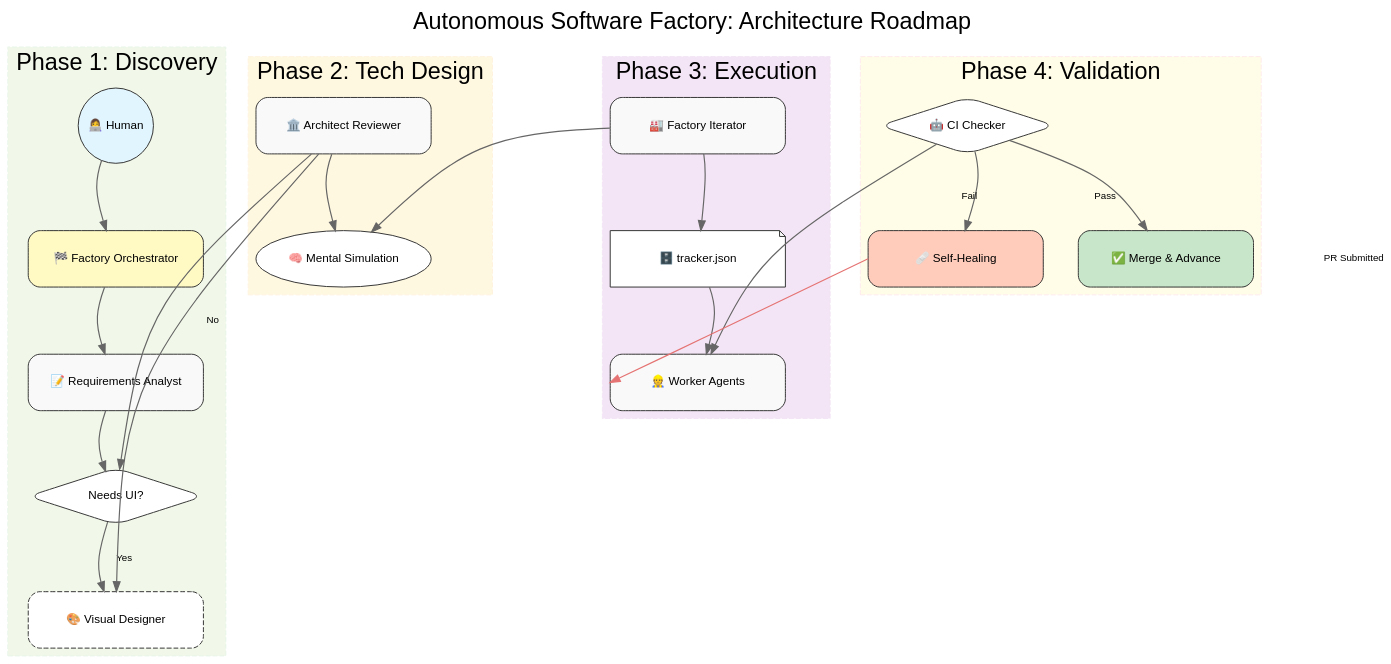
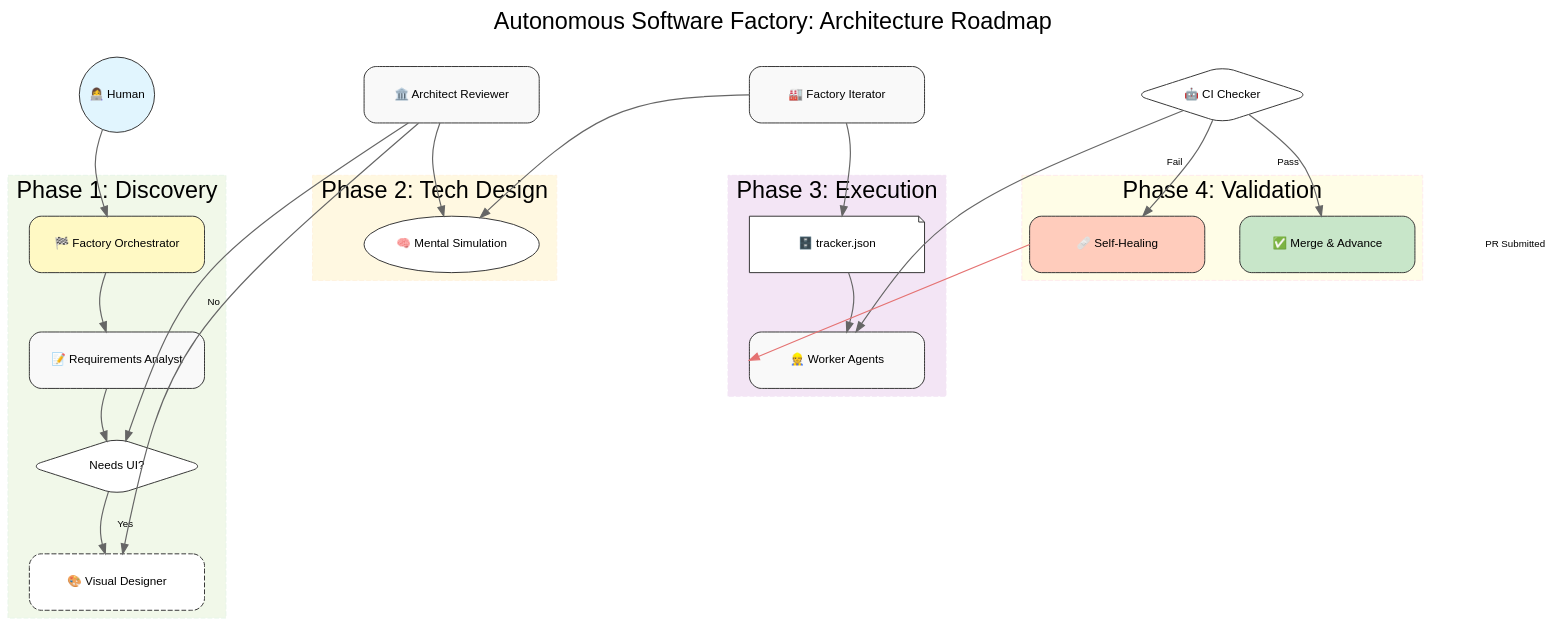
Before and after one commit to tibame201020/app-generator: the diagram in docs/workflow-diagram.qmd, drawn with Graphviz. The commit also changed other lines of this file, not shown here.

Commit message:
fix: resolve graphviz-wasm memory error by simplifying dot constraints

````diff
--- a/docs/workflow-diagram.qmd
+++ b/docs/workflow-diagram.qmd
@@ -15,12 +15,11 @@
     graph [
         rankdir=TB,
         nodesep=0.5,
-        ranksep=0.8,
-        splines=curved,      // 使用圓滑曲線
+        ranksep=0.7,
+        splines=curved,      // 保留曲線增加美感
         pad=0.3,
         bgcolor="transparent",
-        center=true,
-        newrank=true
+        center=true
     ]
     
     fontname="Arial"
@@ -47,20 +46,14 @@
         penwidth=1.2
     ]
 
-    // --- 嚴格的相位定位 (由左至右) ---
-    // 建立 4 個不可見的定位點節點，強制它們在同一水平排開
-    { rank=same; Phase1_Mark; Phase2_Mark; Phase3_Mark; Phase4_Mark }
-    Phase1_Mark [shape=none, width=0, height=0, label="", style=invis]
-    Phase2_Mark [shape=none, width=0, height=0, label="", style=invis]
-    Phase3_Mark [shape=none, width=0, height=0, label="", style=invis]
-    Phase4_Mark [shape=none, width=0, height=0, label="", style=invis]
-    
-    // 強制左至右順序並加大間距
-    Phase1_Mark -> Phase2_Mark [style=invis, minlen=4]
-    Phase2_Mark -> Phase3_Mark [style=invis, minlen=4]
-    Phase3_Mark -> Phase4_Mark [style=invis, minlen=4]
+    // --- 簡化的相位對齊系統 (避免 WASM 記憶體溢位) ---
+    // 每個 Phase 的第一個節點強制在同一 Rank
+    { rank=same; Human; Arch; Iter; CI_Gate }
 
-    // --- Phase 1: Discovery (左欄) ---
+    // 主動力導向路徑 (確保左至右順位)
+    Human -> Arch -> Iter -> CI_Gate [style=invis, minlen=3]
+
+    // --- Phase 1: Discovery ---
     subgraph cluster_0 {
         label = "Phase 1: Discovery";
         color = "#e8f5e9";
@@ -68,7 +61,6 @@
         fillcolor = "#f1f8e9";
         
         node [group=g1]
-        { rank=same; Phase1_Mark; Human }
         Human [shape=circle, label="👩‍💻 Human", fillcolor="#e1f5fe", width=1.0, height=1.0]
         Orch [label="🏁 Factory Orchestrator", fillcolor="#fff9c4"]
         ReqA [label="📝 Requirements Analyst"]
@@ -79,7 +71,7 @@
         D_UI -> VisD [label="Yes"]
     }
 
-    // --- Phase 2: Tech Design (中左欄) ---
+    // --- Phase 2: Tech Design ---
     subgraph cluster_1 {
         label = "Phase 2: Tech Design";
         color = "#fff3e0";
@@ -87,14 +79,13 @@
         fillcolor = "#fff8e1";
         
         node [group=g2]
-        { rank=same; Phase2_Mark; Arch }
         Arch [label="🏛️ Architect Reviewer"]
         Sim  [label="🧠 Mental Simulation", shape=ellipse, fillcolor="#ffffff"]
         
         Arch -> Sim
     }
 
-    // --- Phase 3: Execution (中右欄) ---
+    // --- Phase 3: Execution ---
     subgraph cluster_2 {
         label = "Phase 3: Execution";
         color = "#f3e5f5";
@@ -102,7 +93,6 @@
         fillcolor = "#f3e5f5";
         
         node [group=g3]
-        { rank=same; Phase3_Mark; Iter }
         Iter [label="🏭 Factory Iterator"]
         Track [label="🗄️ tracker.json", shape=note, fillcolor="#ffffff"]
         Work [label="👷 Worker Agents"]
@@ -110,7 +100,7 @@
         Iter -> Track -> Work
     }
 
-    // --- Phase 4: Validation (右欄) ---
+    // --- Phase 4: Validation ---
     subgraph cluster_3 {
         label = "Phase 4: Validation";
         color = "#ffebee";
@@ -118,7 +108,6 @@
         fillcolor = "#fffde7";
 
         node [group=g4]
-        { rank=same; Phase4_Mark; CI_Gate }
         CI_Gate [label="🤖 CI Checker", shape=diamond, fillcolor="#ffffff"]
         Rep     [label="🩹 Self-Healing", fillcolor="#ffccbc"]
         Merg    [label="✅ Merge & Advance", fillcolor="#c8e6c9"]
@@ -127,14 +116,14 @@
         CI_Gate -> Rep [label="Fail"]
     }
 
-    // --- 跨 Phase 連接邏輯 (由左至右推進) ---
+    // --- 邏輯連接 (不加約束以維持排版穩定) ---
     edge [constraint=false]
     D_UI -> Arch [label="No"]
     VisD -> Arch
     Sim -> Iter
     Work -> CI_Gate [label="PR Submitted"]
     
-    // 回饋迴路 (曲線)
+    // 回饋路徑
     Rep -> Work [color="#e57373", tailport=w, headport=w]
 }
 ```
````
